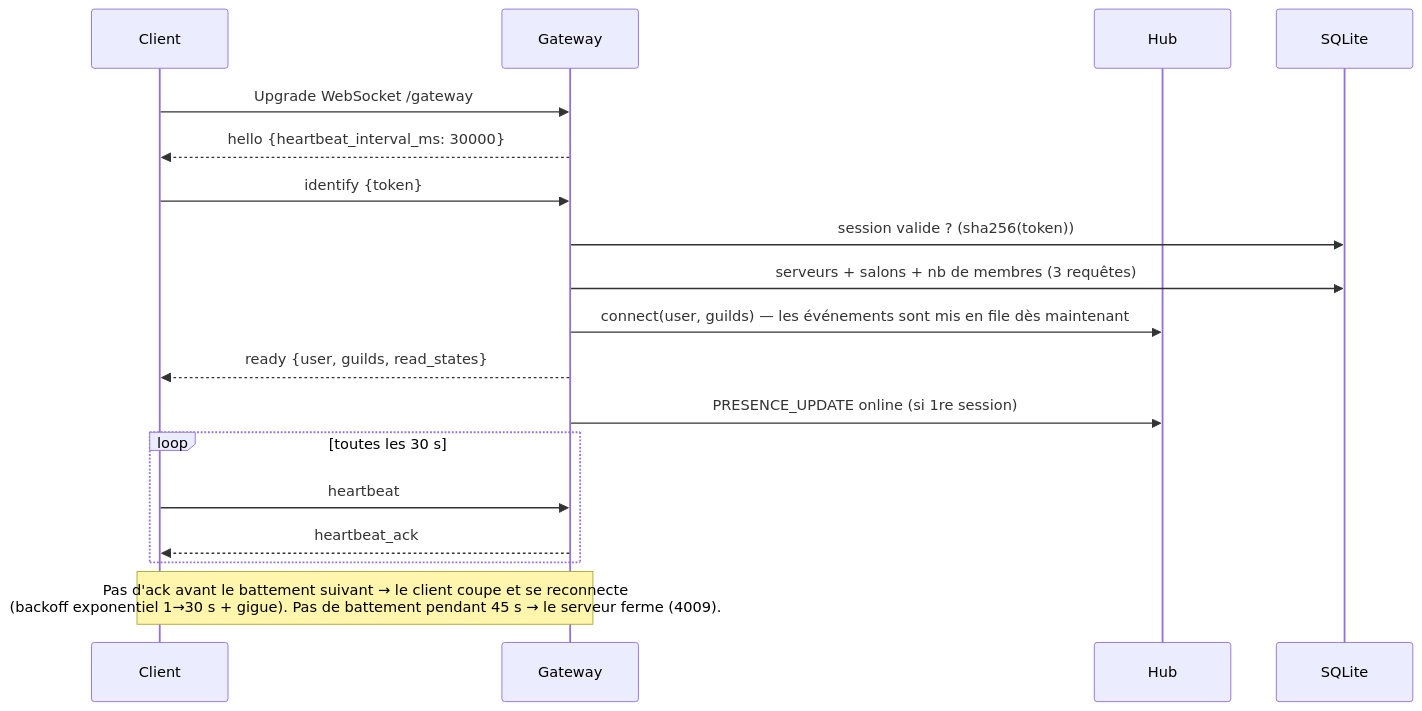
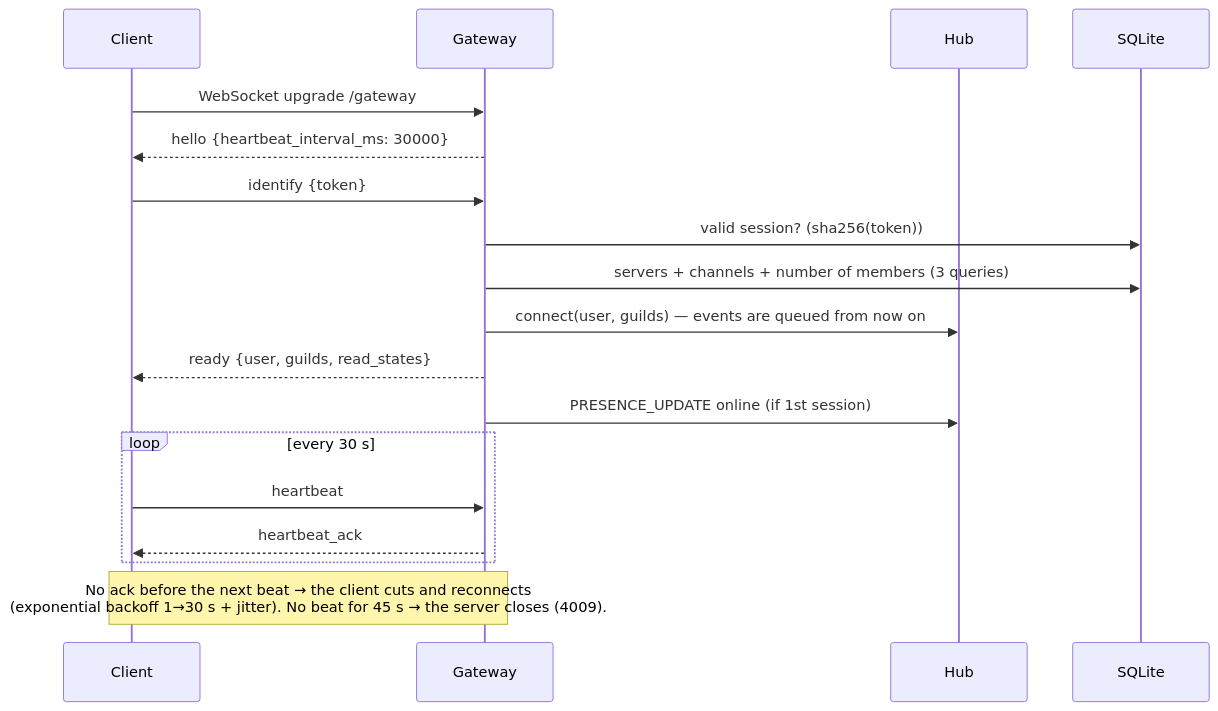
The second of 4 diagrams in docs/ARCHITECTURE.md (DonRosio/plume-lite), drawn with Mermaid before and after one commit. The commit also changed other lines of this file and 11 other files, not shown here.

````diff
--- a/docs/ARCHITECTURE.md
+++ b/docs/ARCHITECTURE.md
@@ -123,20 +121,20 @@
 ```mermaid
 sequenceDiagram
     participant C as Client
     participant G as Gateway
     participant H as Hub
     participant DB as SQLite
-    C->>G: Upgrade WebSocket /gateway
+    C->>G: WebSocket upgrade /gateway
     G-->>C: hello {heartbeat_interval_ms: 30000}
     C->>G: identify {token}
-    G->>DB: session valide ? (sha256(token))
-    G->>DB: serveurs + salons + nb de membres (3 requêtes)
-    G->>H: connect(user, guilds) — les événements sont mis en file dès maintenant
+    G->>DB: valid session? (sha256(token))
+    G->>DB: servers + channels + number of members (3 queries)
+    G->>H: connect(user, guilds) — events are queued from now on
     G-->>C: ready {user, guilds, read_states}
-    G->>H: PRESENCE_UPDATE online (si 1re session)
-    loop toutes les 30 s
+    G->>H: PRESENCE_UPDATE online (if 1st session)
+    loop every 30 s
         C->>G: heartbeat
         G-->>C: heartbeat_ack
     end
-    Note over C,G: Pas d'ack avant le battement suivant → le client coupe et se reconnecte<br/>(backoff exponentiel 1→30 s + gigue). Pas de battement pendant 45 s → le serveur ferme (4009).
+    Note over C,G: No ack before the next beat → the client cuts and reconnects<br/>(exponential backoff 1→30 s + jitter). No beat for 45 s → the server closes (4009).
 ```
````
